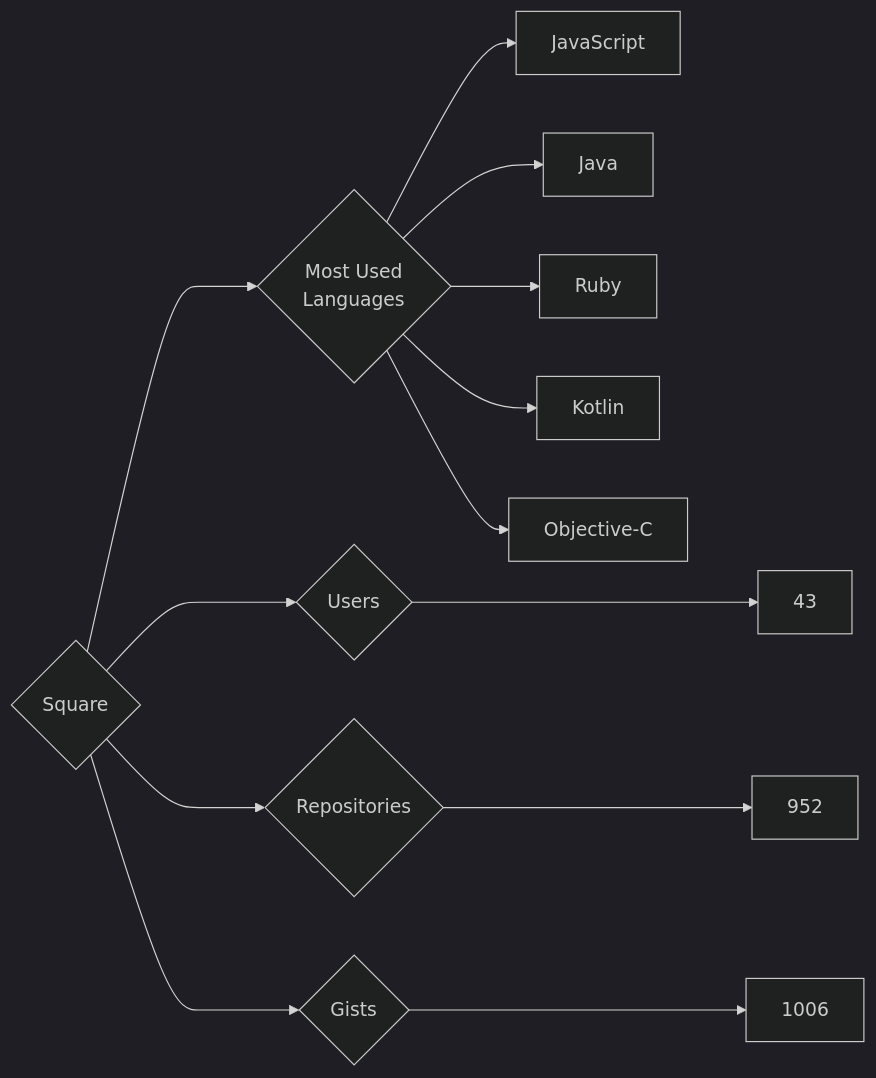
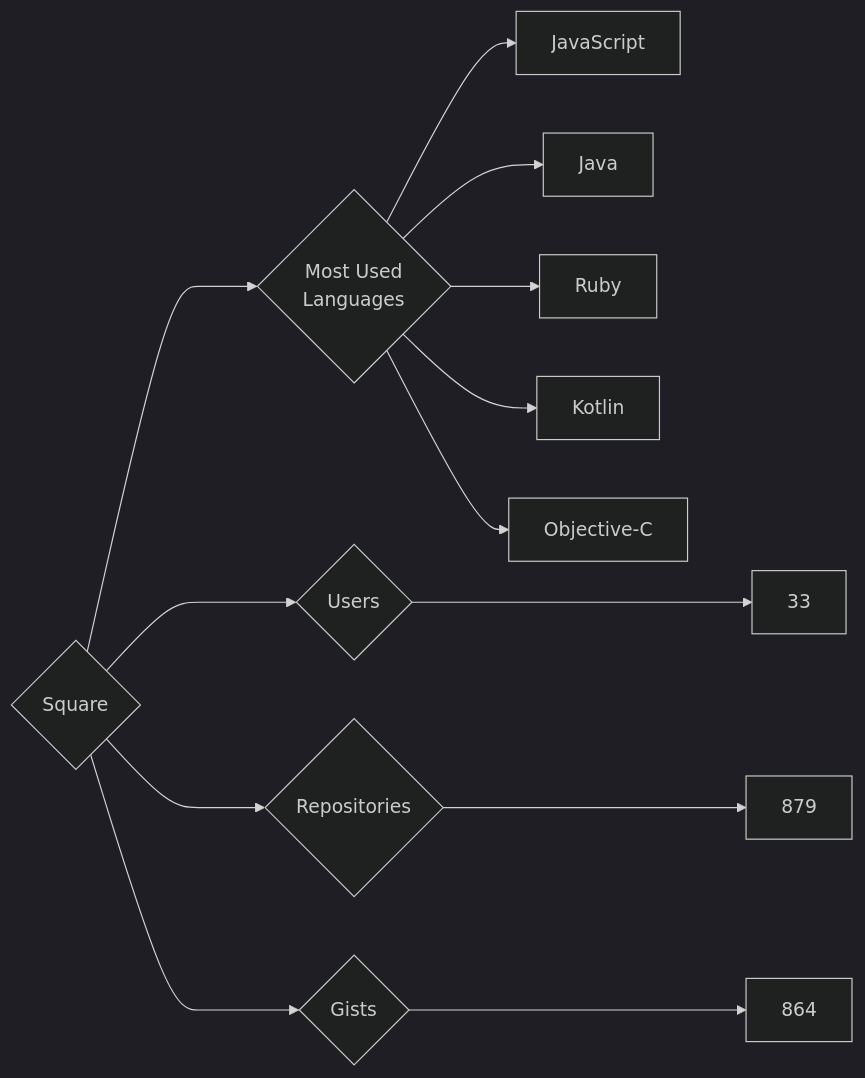
Before and after one commit to trickest/insiders: the diagram in targets/Square/README.md, drawn with Mermaid (dark theme). The commit also changed 973 other files, not shown here.

````diff
--- a/targets/Square/README.md
+++ b/targets/Square/README.md
@@ -3,13 +3,13 @@
 ```mermaid
 graph LR
 COMPANY_NAME{Square}
-COMPANY_NAME ---> U{Users} ---> UN[43]
-COMPANY_NAME ---> R{Repositories} ---> RN[952]
-COMPANY_NAME ---> G{Gists} ---> GN[1006]
+COMPANY_NAME ---> U{Users} ---> UN[33]
+COMPANY_NAME ---> R{Repositories} ---> RN[879]
+COMPANY_NAME ---> G{Gists} ---> GN[864]
 COMPANY_NAME ---> ML{Most Used<br>Languages}
 ML --> JavaScript[JavaScript]
 ML --> Java[Java]
 ML --> Ruby[Ruby]
 ML --> Kotlin[Kotlin]
 ML --> Objective-C[Objective-C]
 ```
````
